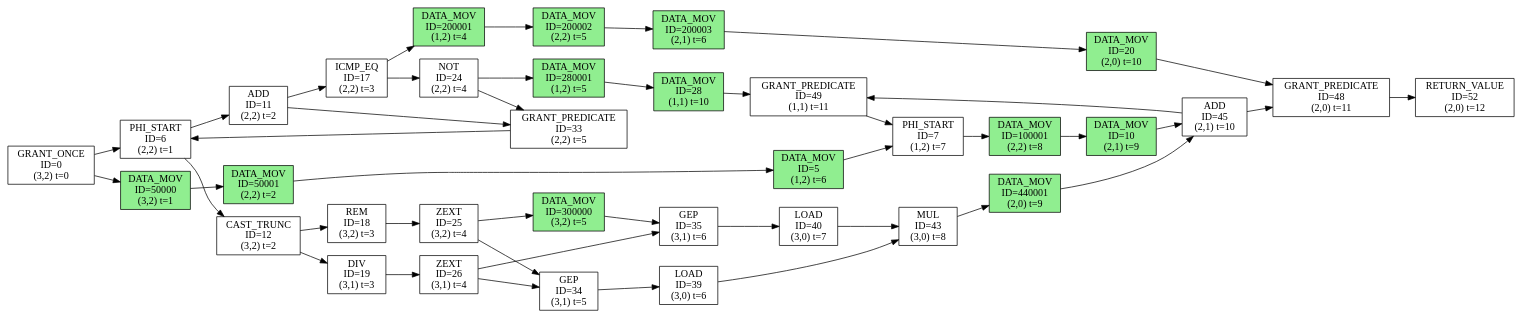
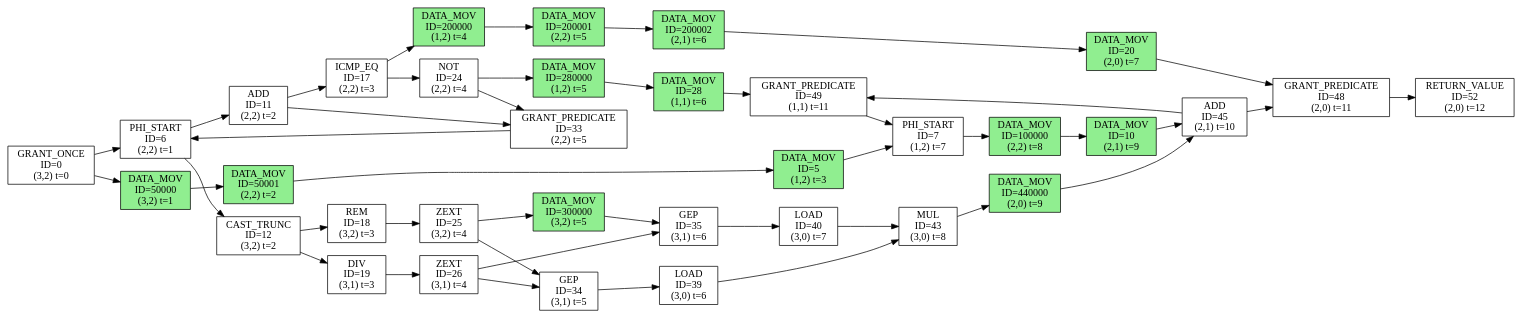
Before and after one commit to sarchlab/Zeonica_Testbench: the diagram in kernel/conv/tmp-generated-dfg.dot, drawn with Graphviz. The commit also changed 33 other files, not shown here.

```diff
--- a/kernel/conv/tmp-generated-dfg.dot
+++ b/kernel/conv/tmp-generated-dfg.dot
@@ -1,80 +1,80 @@
 digraph DFG {
   rankdir=LR;
   node [shape=box, style=filled];
   n0 [label="GRANT_ONCE\nID=0\n(3,2) t=0", fillcolor=white];
-  n5 [label="DATA_MOV\nID=5\n(1,2) t=6", fillcolor=lightgreen];
+  n5 [label="DATA_MOV\nID=5\n(1,2) t=3", fillcolor=lightgreen];
   n6 [label="PHI_START\nID=6\n(2,2) t=1", fillcolor=white];
   n7 [label="PHI_START\nID=7\n(1,2) t=7", fillcolor=white];
   n10 [label="DATA_MOV\nID=10\n(2,1) t=9", fillcolor=lightgreen];
   n11 [label="ADD\nID=11\n(2,2) t=2", fillcolor=white];
   n12 [label="CAST_TRUNC\nID=12\n(3,2) t=2", fillcolor=white];
   n17 [label="ICMP_EQ\nID=17\n(2,2) t=3", fillcolor=white];
   n18 [label="REM\nID=18\n(3,2) t=3", fillcolor=white];
   n19 [label="DIV\nID=19\n(3,1) t=3", fillcolor=white];
-  n20 [label="DATA_MOV\nID=20\n(2,0) t=10", fillcolor=lightgreen];
+  n20 [label="DATA_MOV\nID=20\n(2,0) t=7", fillcolor=lightgreen];
   n24 [label="NOT\nID=24\n(2,2) t=4", fillcolor=white];
   n25 [label="ZEXT\nID=25\n(3,2) t=4", fillcolor=white];
   n26 [label="ZEXT\nID=26\n(3,1) t=4", fillcolor=white];
-  n28 [label="DATA_MOV\nID=28\n(1,1) t=10", fillcolor=lightgreen];
+  n28 [label="DATA_MOV\nID=28\n(1,1) t=6", fillcolor=lightgreen];
   n33 [label="GRANT_PREDICATE\nID=33\n(2,2) t=5", fillcolor=white];
   n34 [label="GEP\nID=34\n(3,1) t=5", fillcolor=white];
   n35 [label="GEP\nID=35\n(3,1) t=6", fillcolor=white];
   n39 [label="LOAD\nID=39\n(3,0) t=6", fillcolor=white];
   n40 [label="LOAD\nID=40\n(3,0) t=7", fillcolor=white];
   n43 [label="MUL\nID=43\n(3,0) t=8", fillcolor=white];
   n45 [label="ADD\nID=45\n(2,1) t=10", fillcolor=white];
   n48 [label="GRANT_PREDICATE\nID=48\n(2,0) t=11", fillcolor=white];
   n49 [label="GRANT_PREDICATE\nID=49\n(1,1) t=11", fillcolor=white];
   n52 [label="RETURN_VALUE\nID=52\n(2,0) t=12", fillcolor=white];
   n50000 [label="DATA_MOV\nID=50000\n(3,2) t=1", fillcolor=lightgreen];
   n50001 [label="DATA_MOV\nID=50001\n(2,2) t=2", fillcolor=lightgreen];
-  n100001 [label="DATA_MOV\nID=100001\n(2,2) t=8", fillcolor=lightgreen];
-  n200001 [label="DATA_MOV\nID=200001\n(1,2) t=4", fillcolor=lightgreen];
-  n200002 [label="DATA_MOV\nID=200002\n(2,2) t=5", fillcolor=lightgreen];
-  n200003 [label="DATA_MOV\nID=200003\n(2,1) t=6", fillcolor=lightgreen];
-  n280001 [label="DATA_MOV\nID=280001\n(1,2) t=5", fillcolor=lightgreen];
+  n100000 [label="DATA_MOV\nID=100000\n(2,2) t=8", fillcolor=lightgreen];
+  n200000 [label="DATA_MOV\nID=200000\n(1,2) t=4", fillcolor=lightgreen];
+  n200001 [label="DATA_MOV\nID=200001\n(2,2) t=5", fillcolor=lightgreen];
+  n200002 [label="DATA_MOV\nID=200002\n(2,1) t=6", fillcolor=lightgreen];
+  n280000 [label="DATA_MOV\nID=280000\n(1,2) t=5", fillcolor=lightgreen];
   n300000 [label="DATA_MOV\nID=300000\n(3,2) t=5", fillcolor=lightgreen];
-  n440001 [label="DATA_MOV\nID=440001\n(2,0) t=9", fillcolor=lightgreen];
+  n440000 [label="DATA_MOV\nID=440000\n(2,0) t=9", fillcolor=lightgreen];
   n0 -> n50000;
   n50000 -> n50001;
   n50001 -> n5;
   n5 -> n7;
   n25 -> n300000;
-  n43 -> n440001;
-  n7 -> n100001;
-  n100001 -> n10;
+  n43 -> n440000;
+  n7 -> n100000;
+  n100000 -> n10;
   n10 -> n45;
-  n24 -> n280001;
-  n280001 -> n28;
+  n24 -> n280000;
+  n280000 -> n28;
   n28 -> n49;
-  n17 -> n200001;
+  n17 -> n200000;
+  n200000 -> n200001;
   n200001 -> n200002;
-  n200002 -> n200003;
-  n200003 -> n20;
+  n200002 -> n20;
   n20 -> n48;
   n45 -> n49;
   n45 -> n48;
   n39 -> n43;
   n33 -> n6;
   n26 -> n35;
   n26 -> n34;
   n0 -> n6;
   n300000 -> n35;
   n34 -> n39;
   n6 -> n11;
   n48 -> n52;
   n17 -> n24;
   n35 -> n40;
   n6 -> n12;
   n49 -> n7;
   n18 -> n25;
   n40 -> n43;
   n11 -> n33;
   n11 -> n17;
   n24 -> n33;
-  n440001 -> n45;
+  n440000 -> n45;
   n12 -> n18;
   n12 -> n19;
   n25 -> n34;
   n19 -> n26;
 }
```
